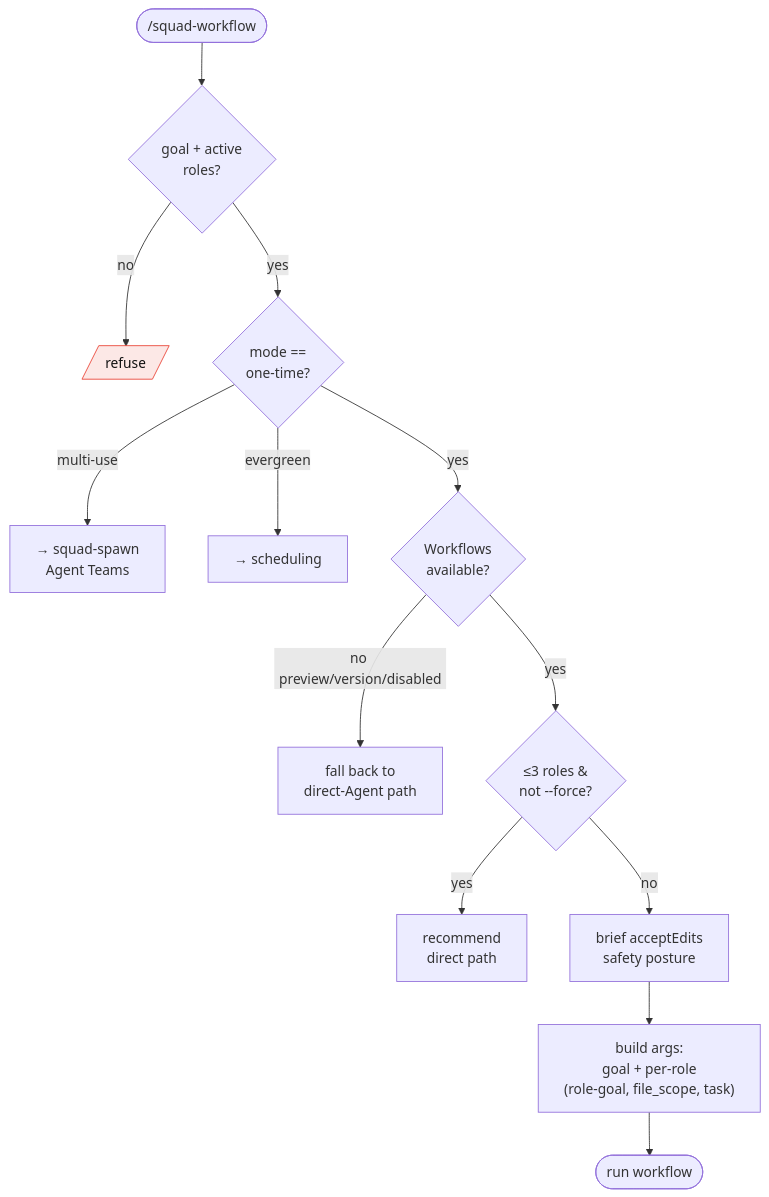
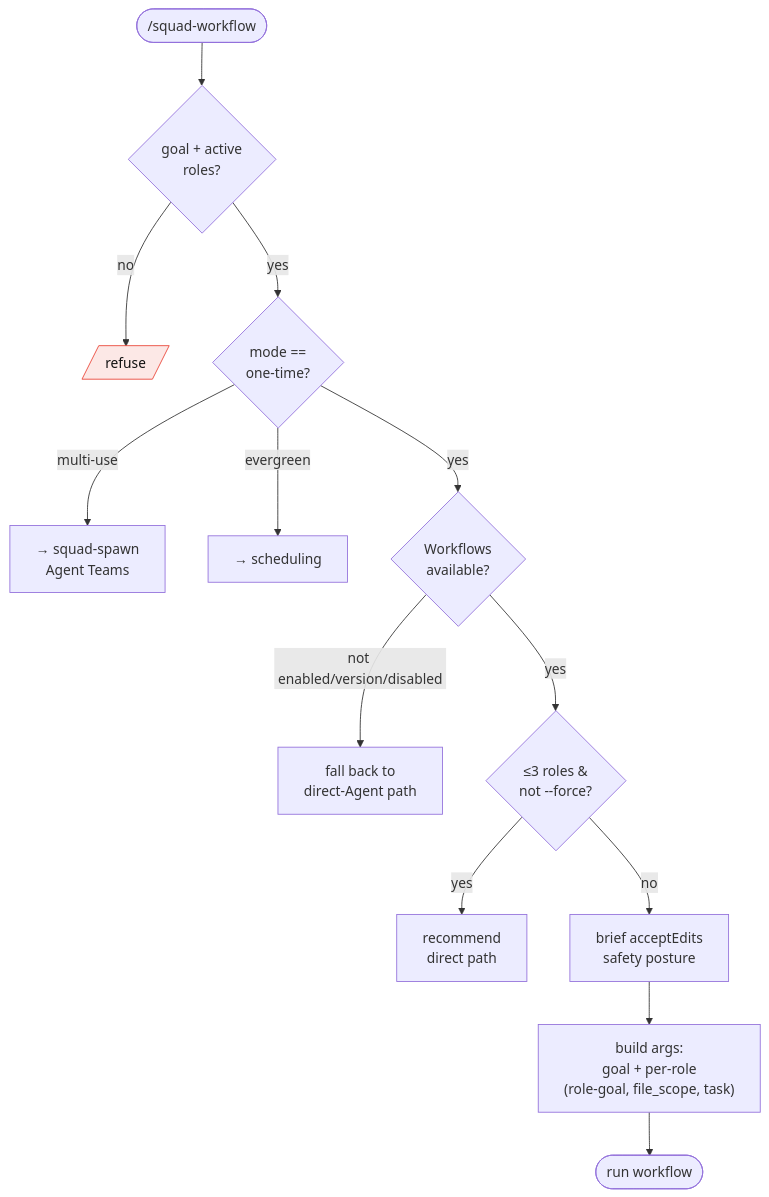
Before and after one commit to cheeky-amit/cheeky-squad-os: the eighth of 11 diagrams in LOGIC.md, drawn with Mermaid. The commit also changed other lines of this file and 17 other files, not shown here.

````diff
--- a/LOGIC.md
+++ b/LOGIC.md
@@ -419,18 +425,18 @@
 ```mermaid
 flowchart TD
     C0([/squad-workflow]) --> C1{goal + active<br/>roles?}
     C1 -->|no| CR[/refuse/]
     C1 -->|yes| C2{mode ==<br/>one-time?}
     C2 -->|multi-use| CM[→ squad-spawn<br/>Agent Teams]
     C2 -->|evergreen| CE[→ scheduling]
     C2 -->|yes| C3{Workflows<br/>available?}
-    C3 -->|no preview/version/disabled| CF[fall back to<br/>direct-Agent path]
+    C3 -->|not enabled/version/disabled| CF[fall back to<br/>direct-Agent path]
     C3 -->|yes| C4{≤3 roles &<br/>not --force?}
     C4 -->|yes| CREC[recommend<br/>direct path]
     C4 -->|no| C5[brief acceptEdits<br/>safety posture]
     C5 --> C6["build args:<br/>goal + per-role<br/>(role-goal, file_scope, task)"]
     C6 --> C7([run workflow])
 
     classDef warn fill:#fce8e6,stroke:#ea4335,color:#111;
     class CR warn;
 ```
````
